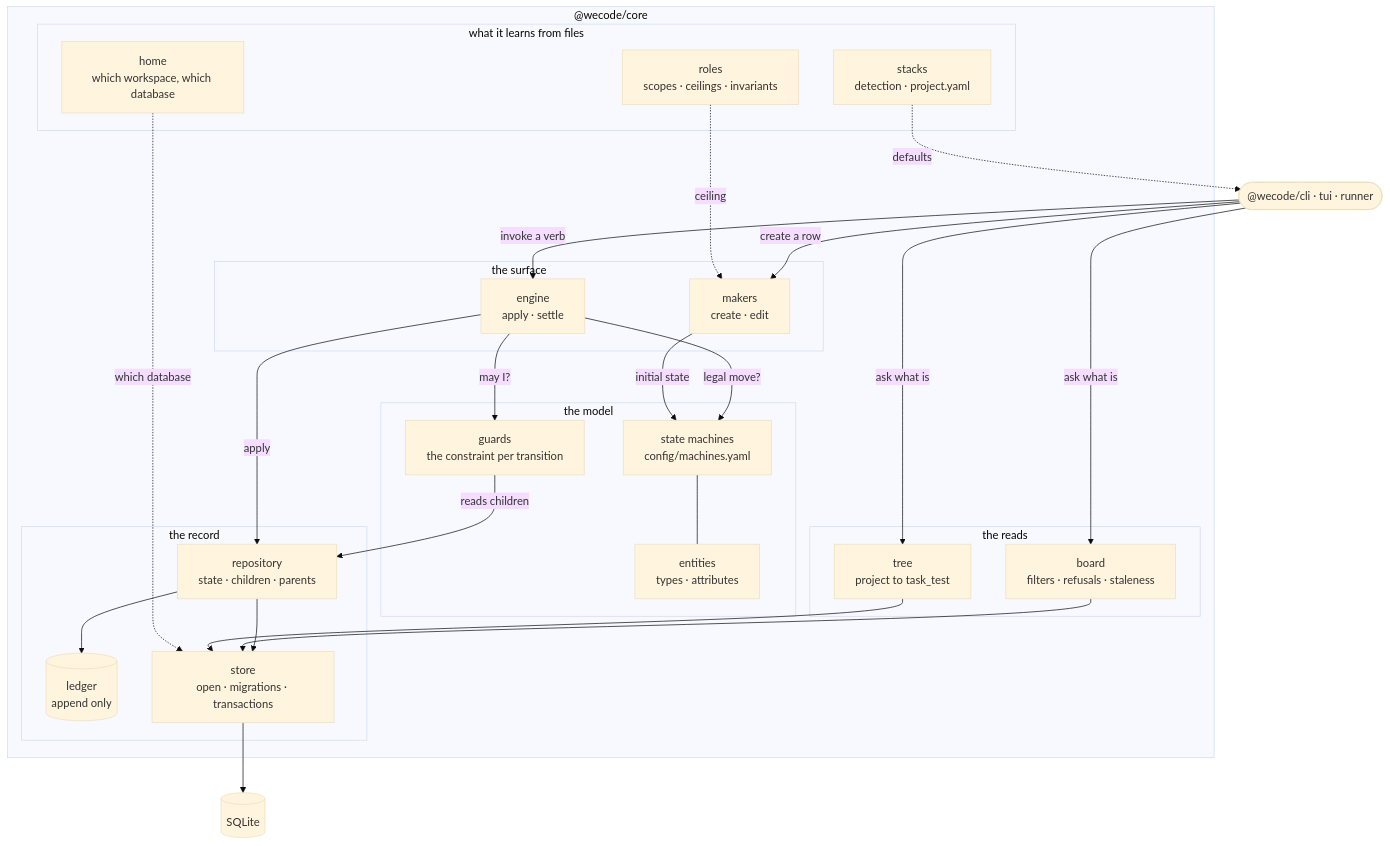
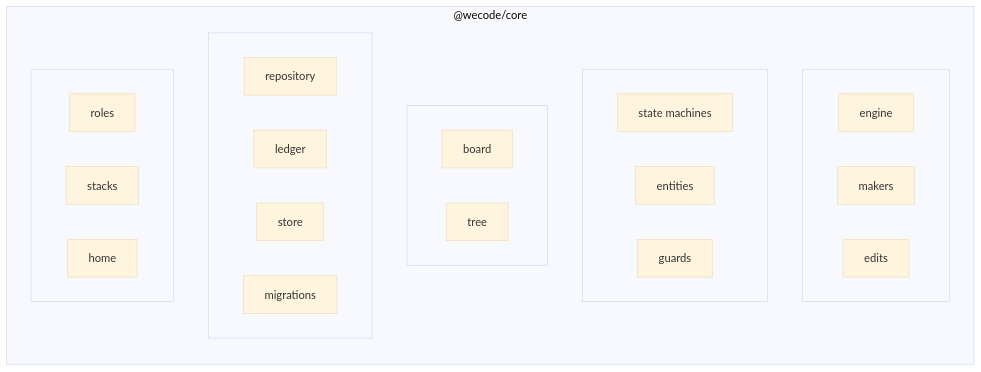
Before and after one commit to chandra-wijaya-setiawan/wecode: the third of 4 diagrams in docs/design/01. Architecture Diagram L1-L2.md, drawn with Mermaid (base theme). The commit also changed other lines of this file, not shown here.

Commit message:
design: the core as components, and the code tallied
A component diagram rather than a call graph - what the parts are, five rows of them - plus
an inventory: 37 modules, 4,878 source lines, 2,476 test lines, 9 data files, 175 tests.

````diff
--- a/docs/design/01. Architecture Diagram L1-L2.md
+++ b/docs/design/01. Architecture Diagram L1-L2.md
@@ -100,58 +99,41 @@
 ```mermaid
 flowchart TB
-    CLIENTS(["@wecode/cli · tui · runner"])
+    subgraph core["@wecode/core"]
+        direction TB
 
-    subgraph core["@wecode/core"]
-        subgraph surface["the surface"]
-            VERBS["engine<br/>apply · settle"]
-            MAKERS["makers<br/>create · edit"]
+        subgraph a[" "]
+            direction LR
+            ENGINE["engine"]
+            MAKERS["makers"]
+            EDITS["edits"]
         end
 
-        subgraph model["the model"]
-            MACHINES["state machines<br/>config/machines.yaml"]
-            ENTITIES["entities<br/>types · attributes"]
-            GUARDS["guards<br/>the constraint per transition"]
+        subgraph b[" "]
+            direction LR
+            MACHINES["state machines"]
+            ENTITIES["entities"]
+            GUARDS["guards"]
         end
 
-        subgraph reads["the reads"]
-            BOARD["board<br/>filters · refusals · staleness"]
-            TREE["tree<br/>project to task_test"]
+        subgraph c[" "]
+            direction LR
+            BOARD["board"]
+            TREE["tree"]
         end
 
-        subgraph record["the record"]
-            REPO["repository<br/>state · children · parents"]
-            LEDGER[("ledger<br/>append only")]
-            STORE["store<br/>open · migrations · transactions"]
+        subgraph d[" "]
+            direction LR
+            REPO["repository"]
+            LEDGER["ledger"]
+            STORE["store"]
+            MIGRATIONS["migrations"]
         end
 
-        subgraph config["what it learns from files"]
-            ROLES["roles<br/>scopes · ceilings · invariants"]
-            STACKS["stacks<br/>detection · project.yaml"]
-            HOME["home<br/>which workspace, which database"]
+        subgraph e[" "]
+            direction LR
+            ROLES["roles"]
+            STACKS["stacks"]
+            HOME["home"]
         end
     end
-
-    DB[(SQLite)]
-
-    CLIENTS -->|invoke a verb| VERBS
-    CLIENTS -->|create a row| MAKERS
-    CLIENTS -->|ask what is| BOARD
-    CLIENTS -->|ask what is| TREE
-
-    VERBS -->|may I?| GUARDS
-    GUARDS -->|reads children| REPO
-    VERBS -->|legal move?| MACHINES
-    MACHINES --- ENTITIES
-    VERBS -->|apply| REPO
-    MAKERS -->|initial state| MACHINES
-
-    REPO --> LEDGER
-    REPO --> STORE
-    BOARD --> STORE
-    TREE --> STORE
-    STORE --> DB
-
-    ROLES -.->|ceiling| MAKERS
-    STACKS -.->|defaults| CLIENTS
-    HOME -.->|which database| STORE
 ```
````
